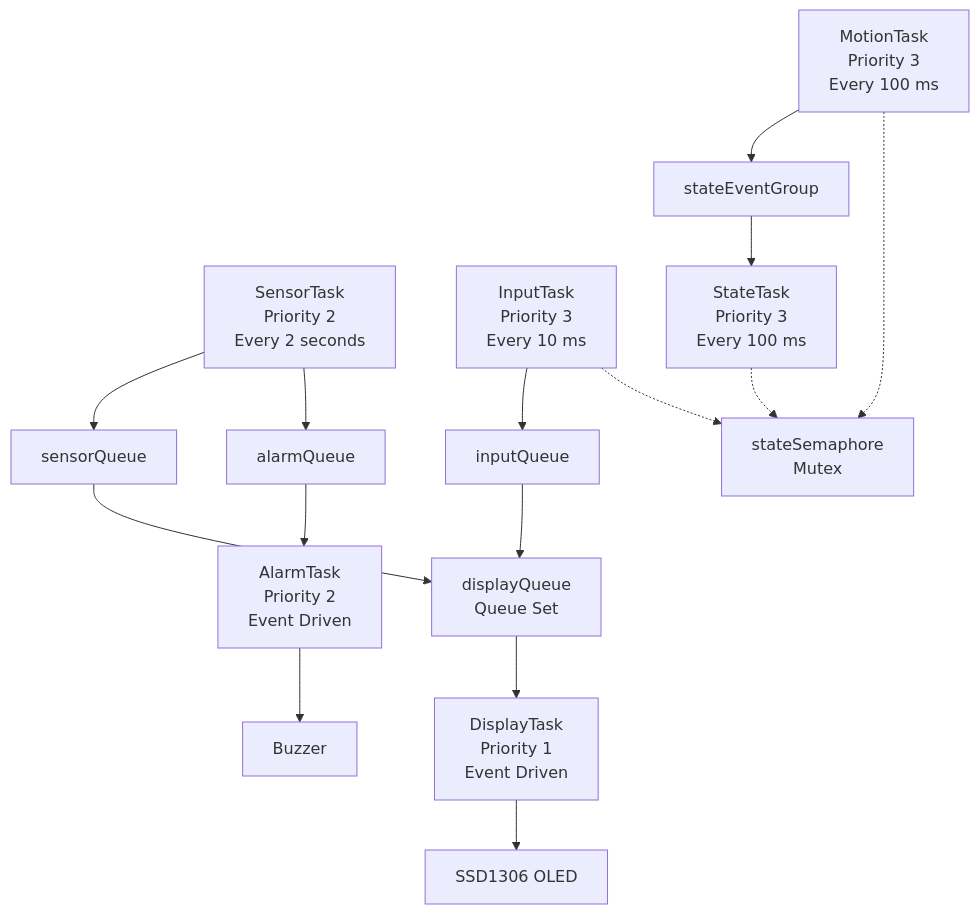
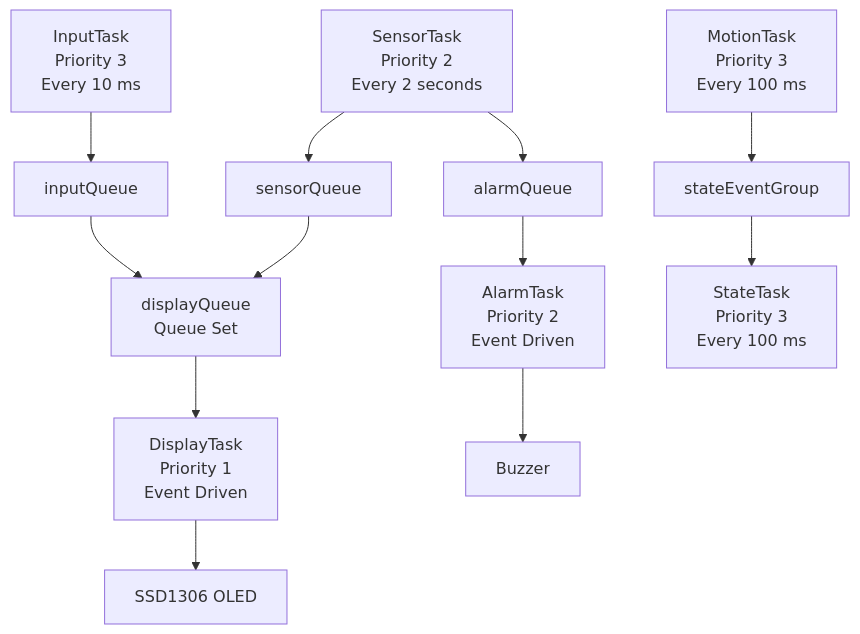
The third of 5 diagrams in README.md (REGINE-BERMUDO/FreeRTOS_Multisensor_Room_Monitoring_System), drawn with Mermaid before and after one commit. The commit also changed other lines of this file and 2 other files, not shown here.

Commit message:
Revised FreeRTOS and System Architecture and Update Documentation

````diff
--- a/README.md
+++ b/README.md
@@ -114,39 +257,36 @@
 ```mermaid
 flowchart TB
 
     ST["SensorTask<br/>Priority 2<br/>Every 2 seconds"]
     DT["DisplayTask<br/>Priority 1<br/>Event Driven"]
     IT["InputTask<br/>Priority 3<br/>Every 10 ms"]
     AT["AlarmTask<br/>Priority 2<br/>Event Driven"]
     MT["MotionTask<br/>Priority 3<br/>Every 100 ms"]
     SST["StateTask<br/>Priority 3<br/>Every 100 ms"]
 
     SQ["sensorQueue"]
     AQ["alarmQueue"]
     IQ["inputQueue"]
     QS["displayQueue<br/>Queue Set"]
     EG["stateEventGroup"]
-    SEM["stateSemaphore<br/>Mutex"]
+   
 
     OLED["SSD1306 OLED"]
     BUZZER["Buzzer"]
 
     ST --> SQ
     SQ --> QS
     QS --> DT
     DT --> OLED
 
     ST --> AQ
     AQ --> AT
     AT --> BUZZER
 
     IT --> IQ
     IQ --> QS
 
     MT --> EG
     EG --> SST
 
-    MT -.-> SEM
-    IT -.-> SEM
-    SST -.-> SEM
 ```
````
